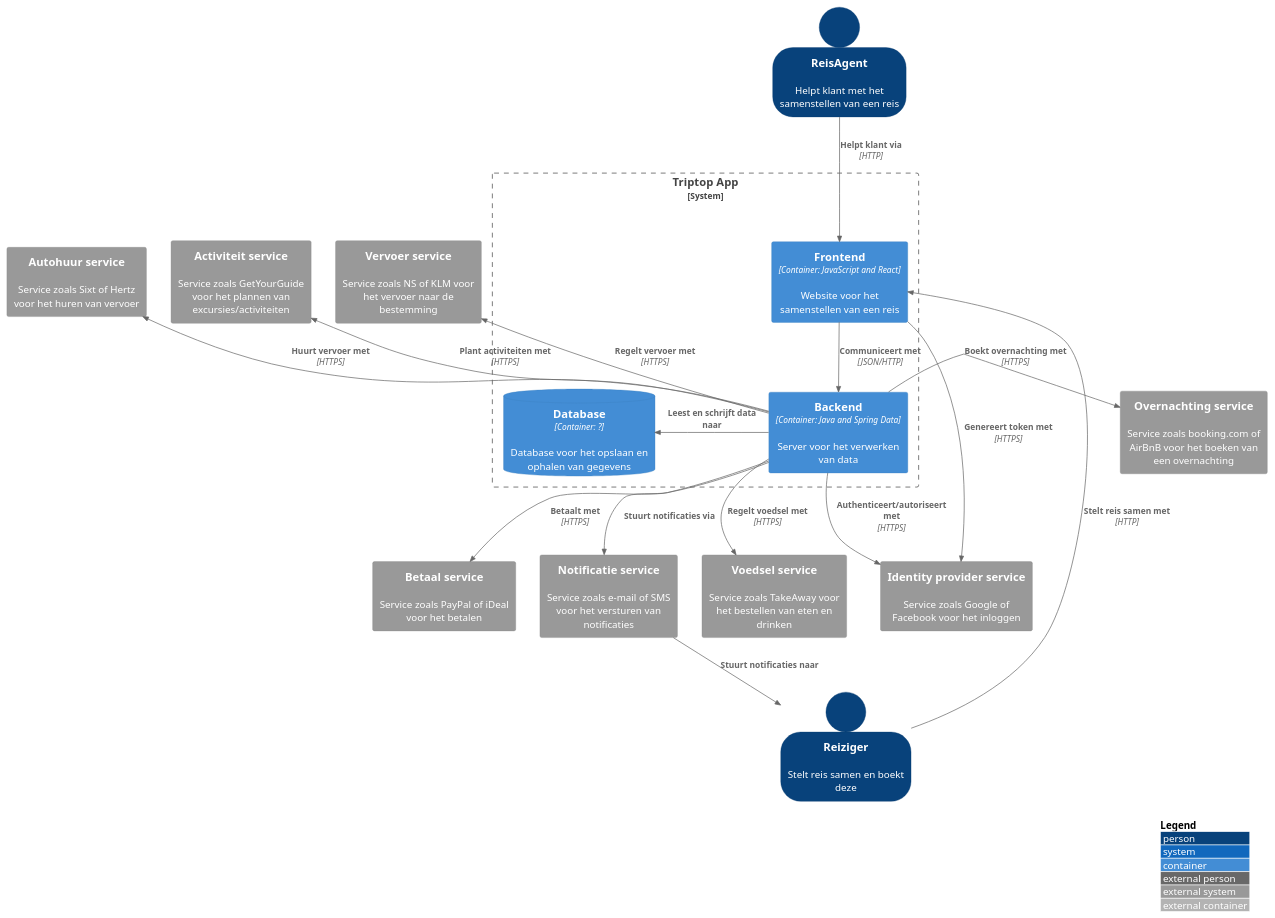
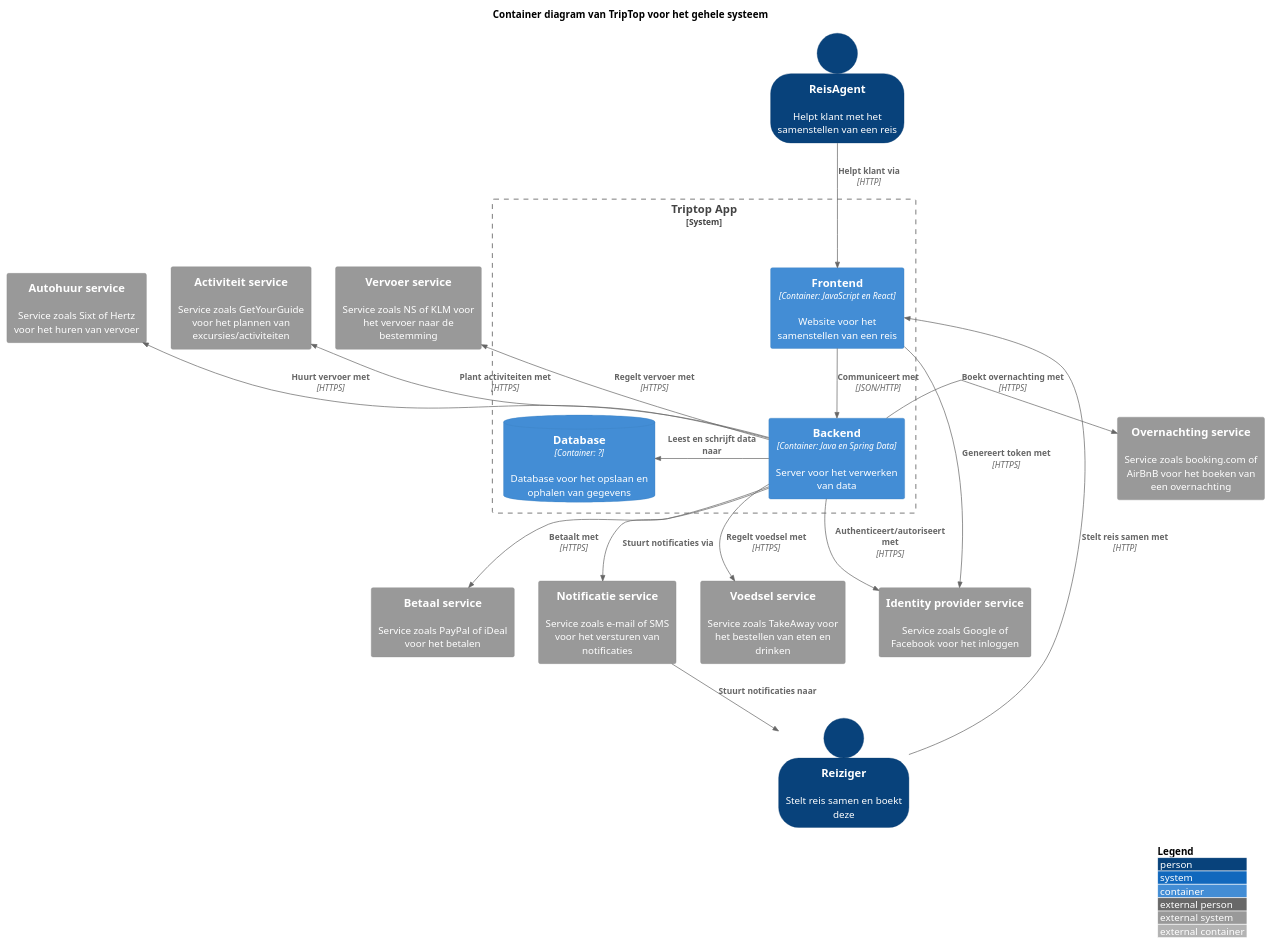
Before and after one commit to AIM-ENE-feb25/triptop-de-broederbond-fgs: the diagram in groeps-uitwerkingen/week1/diagrammen/container/container-diagram.puml, drawn with PlantUML. The commit also changed 10 other files, not shown here.

```diff
--- a/groeps-uitwerkingen/week1/diagrammen/container/container-diagram.puml
+++ b/groeps-uitwerkingen/week1/diagrammen/container/container-diagram.puml
@@ -1,48 +1,50 @@
 @startuml
+
+title Container diagram van TripTop voor het gehele systeem
 
 !include https://raw.githubusercontent.com/plantuml-stdlib/C4-PlantUML/master/C4_Container.puml
 
 SHOW_PERSON_OUTLINE()
 LAYOUT_WITH_LEGEND()
 
 Person(klant, "Reiziger", "Stelt reis samen en boekt deze")
 Person(reisAgent, "ReisAgent", "Helpt klant met het samenstellen van een reis")
 
 System_Boundary(tripTopApp, "Triptop App") {
-Container(frontend, "Frontend", "Container: JavaScript and React", "Website voor het samenstellen van een reis")
-Container(backend, "Backend", "Container: Java and Spring Data", "Server voor het verwerken van data")
+Container(frontend, "Frontend", "Container: JavaScript en React", "Website voor het samenstellen van een reis")
+Container(backend, "Backend", "Container: Java en Spring Data", "Server voor het verwerken van data")
 ContainerDb(database, "Database", "Container: ?", "Database voor het opslaan en ophalen van gegevens")
 }
 
 System_Ext(overnachtingService, "Overnachting service", "Service zoals booking.com of AirBnB voor het boeken van een overnachting")
 System_Ext(vervoerService, "Vervoer service", "Service zoals NS of KLM voor het vervoer naar de bestemming")
 System_Ext(activiteitService, "Activiteit service", "Service zoals GetYourGuide voor het plannen van excursies/activiteiten")
 System_Ext(autohuurService, "Autohuur service", "Service zoals Sixt of Hertz voor het huren van vervoer")
 System_Ext(voedselService, "Voedsel service", "Service zoals TakeAway voor het bestellen van eten en drinken")
 System_Ext(identityProviderService, "Identity provider", "Service zoals Google of Facebook voor het inloggen")
 System_Ext(paymentService, "Betaal service", "Service zoals PayPal of iDeal voor het betalen")
 System_Ext(noticationService, "Notificatie service", "Service zoals e-mail of SMS voor het versturen van notificaties")
 System_Ext(identityProviderService, "Identity provider service", "Service zoals Google of Facebook voor het inloggen")
 
 ' Klant relaties
 Rel(klant, frontend, "Stelt reis samen met", "HTTP")
 Rel(noticationService, klant, "Stuurt notificaties naar")
 
 ' ReisAgent relaties
 Rel(reisAgent, frontend, "Helpt klant via", "HTTP")
 
 ' Triptop relaties
 Rel(frontend, backend, "Communiceert met", "JSON/HTTP")
 Rel(frontend, identityProviderService, "Genereert token met", "HTTPS")
 Rel_L(backend, database, "Leest en schrijft data naar")
 
 'API relaties
 Rel_R(backend, overnachtingService, "Boekt overnachting met", "HTTPS")
 Rel_U(backend, vervoerService, "Regelt vervoer met", "HTTPS")
 Rel_U(backend, activiteitService, "Plant activiteiten met", "HTTPS")
 Rel_U(backend, autohuurService, "Huurt vervoer met", "HTTPS")
 Rel(backend, voedselService, "Regelt voedsel met", "HTTPS")
 Rel(backend, identityProviderService, "Authenticeert/autoriseert met", "HTTPS")
 Rel(backend, paymentService, "Betaalt met", "HTTPS")
 Rel(backend, noticationService, "Stuurt notificaties via")
 @enduml
```
